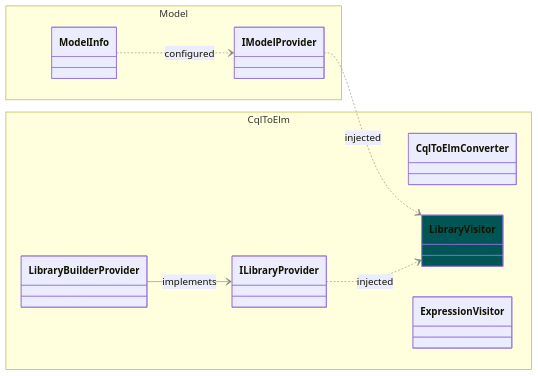
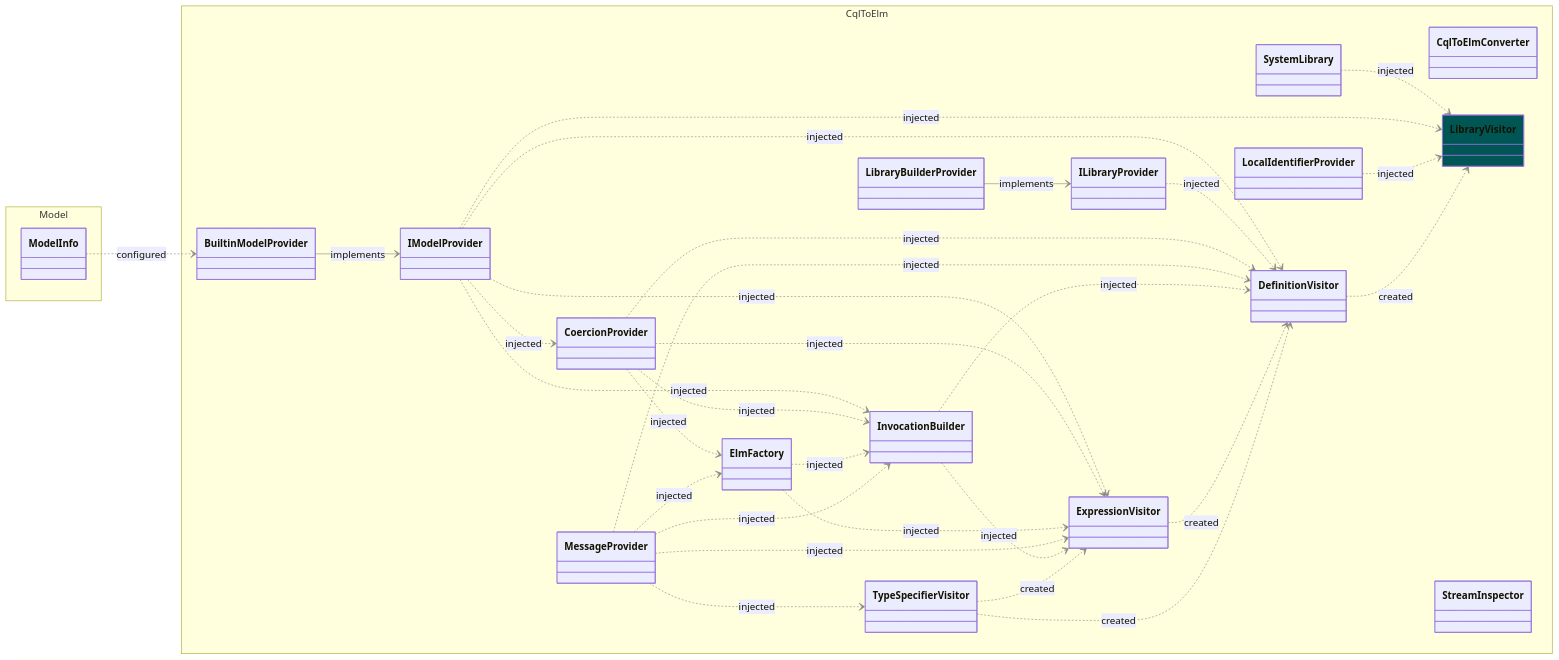
One commit to FirelyTeam/firely-cql-sdk changed the third of 3 diagrams in docs/dependency-diagrams.md. Above: the diagram before and after it, drawn with Mermaid. The commit also changed other lines of this file, not shown here.

Commit message:
Fix drift in PackagingToolkitServices and CqlToolkitServices dependency diagrams
Source-verified audit found the CqlToolkitServices diagram was significantly
outdated (missing ~10 registered services, a wrong ILibraryProvider edge, and
a misplaced IModelProvider namespace grouping) and the PackagingToolkitServices
diagram had smaller inaccuracies (ResourceCanonicalBuilder shown as a class
instead of a delegate, CqlTypeToFhirTypeMapper omitted, ModelInspector
mis-grouped as repo-owned instead of external). ElmToolkitServices was
confirmed accurate and left unchanged.

Fixes #1399

````diff
--- a/docs/dependency-diagrams.md
+++ b/docs/dependency-diagrams.md
@@ -155,35 +167,79 @@
 ```mermaid
 %%{init: {
     'themeVariables':{  
       'lineColor': '#888',
       'lineWidth': 4
 }}}%%
 
 classDiagram
 
     direction LR
 
     namespace CqlToElm {
         class CqlToElmConverter { }
         class LibraryBuilderProvider { }
         class LibraryVisitor { }
+        class DefinitionVisitor { }
         class ExpressionVisitor { }
+        class TypeSpecifierVisitor { }
         class ILibraryProvider { }
+        class IModelProvider { }
+        class CoercionProvider { }
+        class ElmFactory { }
+        class SystemLibrary { }
+        class StreamInspector { }
+        class InvocationBuilder { }
+        class LocalIdentifierProvider { }
+        class MessageProvider { }
+        class BuiltinModelProvider { }
     }
 
     namespace Model {
         class ModelInfo { }
-        class IModelProvider { }
     }
 
     %% Style Scoped Types as Cyan
     style LibraryVisitor fill:#055
-    
-    %% Dependencies                                                 
+
+    %% Inheritance / implements
+    BuiltinModelProvider --> IModelProvider : implements
+    LibraryBuilderProvider --> ILibraryProvider : implements
+
+    %% Dependencies (injected)                                                 
+    SystemLibrary ..> LibraryVisitor : injected
     IModelProvider ..> LibraryVisitor : injected
-    ILibraryProvider ..> LibraryVisitor : injected
-    
-    ModelInfo ..> IModelProvider : configured
-    
-    LibraryBuilderProvider --> ILibraryProvider : implements
+    LocalIdentifierProvider ..> LibraryVisitor : injected
+
+    IModelProvider ..> DefinitionVisitor : injected
+    ILibraryProvider ..> DefinitionVisitor : injected
+    CoercionProvider ..> DefinitionVisitor : injected
+    MessageProvider ..> DefinitionVisitor : injected
+    InvocationBuilder ..> DefinitionVisitor : injected
+
+    IModelProvider ..> ExpressionVisitor : injected
+    CoercionProvider ..> ExpressionVisitor : injected
+    ElmFactory ..> ExpressionVisitor : injected
+    MessageProvider ..> ExpressionVisitor : injected
+    InvocationBuilder ..> ExpressionVisitor : injected
+
+    MessageProvider ..> TypeSpecifierVisitor : injected
+
+    IModelProvider ..> InvocationBuilder : injected
+    CoercionProvider ..> InvocationBuilder : injected
+    ElmFactory ..> InvocationBuilder : injected
+    MessageProvider ..> InvocationBuilder : injected
+
+    IModelProvider ..> CoercionProvider : injected
+
+    CoercionProvider ..> ElmFactory : injected
+    MessageProvider ..> ElmFactory : injected
+
+    %% Dependencies (factory-created per LibraryBuilder)
+    DefinitionVisitor ..> LibraryVisitor : created
+    ExpressionVisitor ..> DefinitionVisitor : created
+    TypeSpecifierVisitor ..> DefinitionVisitor : created
+    TypeSpecifierVisitor ..> ExpressionVisitor : created
+
+    %% Configuration
+    ModelInfo ..> BuiltinModelProvider : configured
 ```
````
